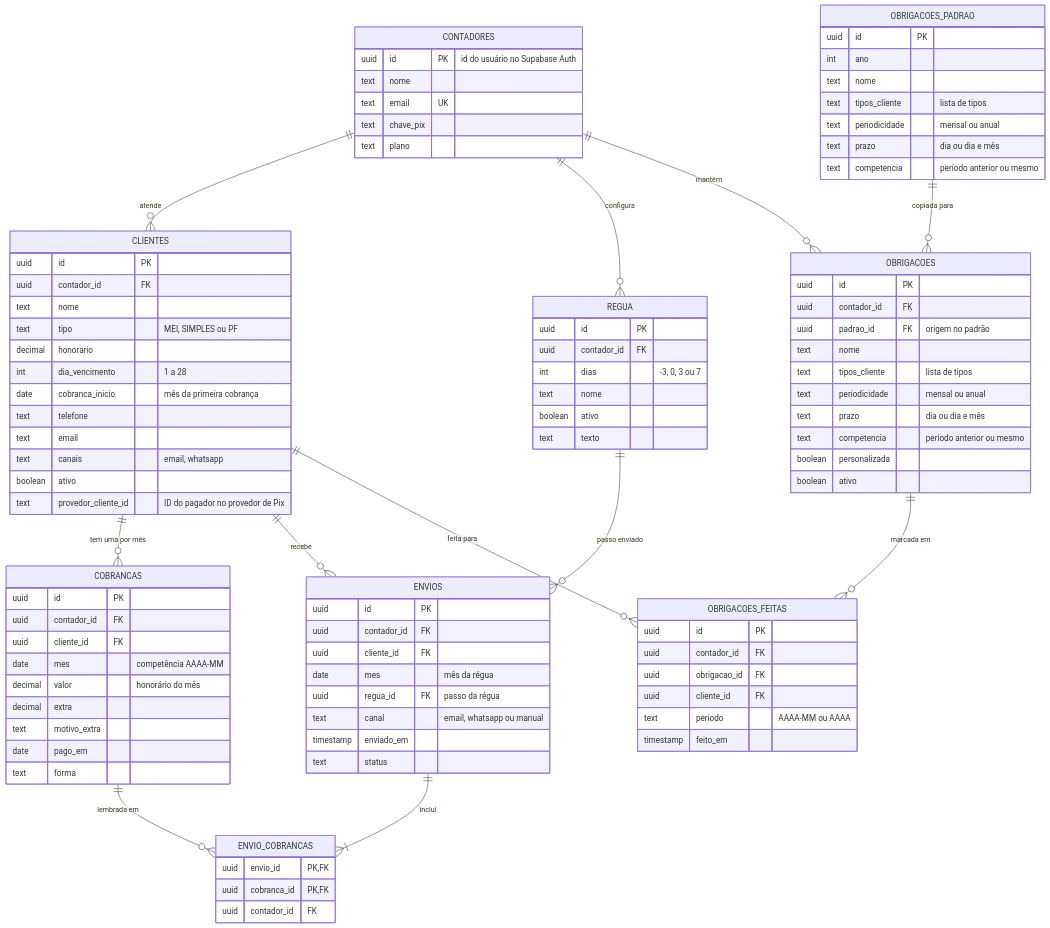
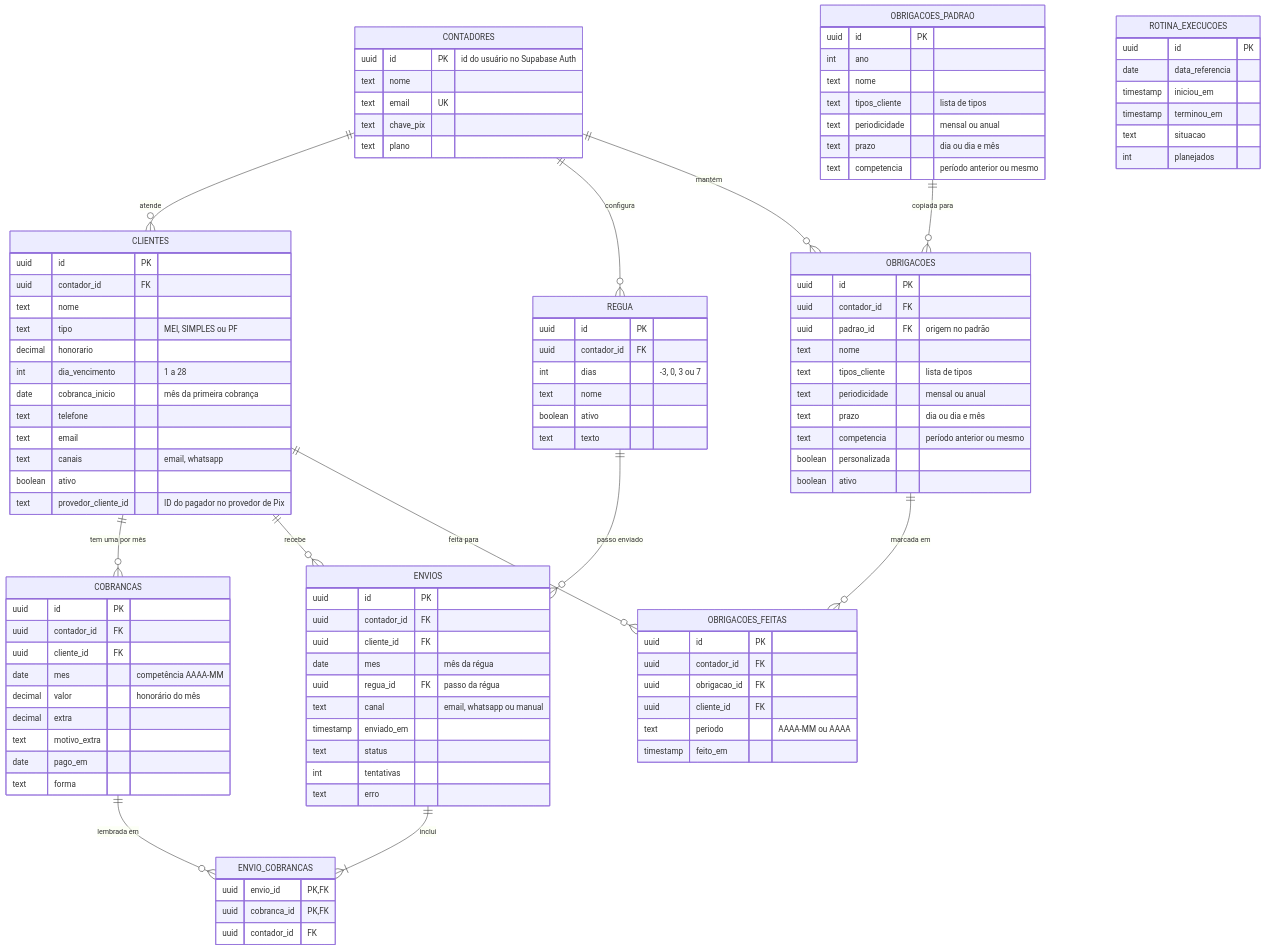
The second of 2 diagrams in docs/SRS.md (77mdias/neximob), drawn with Mermaid before and after one commit. The commit also changed other lines of this file and 4 other files, not shown here.

````diff
--- a/docs/SRS.md
+++ b/docs/SRS.md
@@ -688,6 +692,8 @@
         text canal "email, whatsapp ou manual"
         timestamp enviado_em
         text status
+        int tentativas
+        text erro
     }
     ENVIO_COBRANCAS {
         uuid envio_id PK, FK
@@ -731,4 +737,12 @@
         text periodo "AAAA-MM ou AAAA"
         timestamp feito_em
     }
+    ROTINA_EXECUCOES {
+        uuid id PK
+        date data_referencia
+        timestamp iniciou_em
+        timestamp terminou_em
+        text situacao
+        int planejados
+    }
 ```
````
